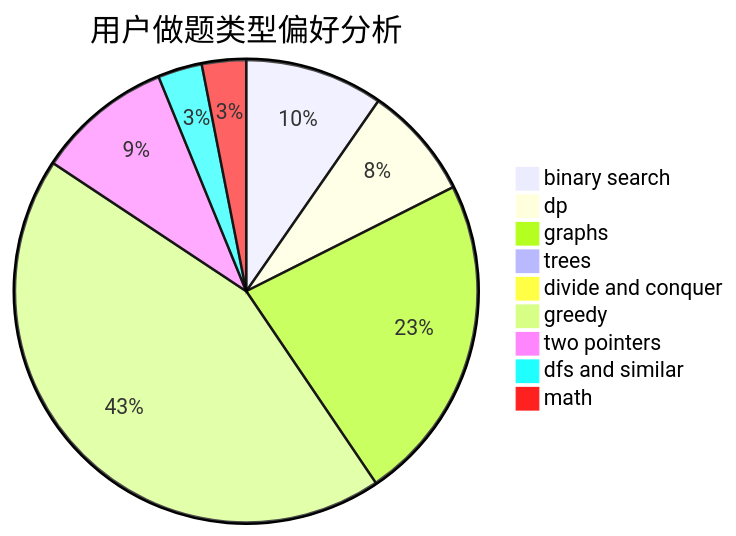
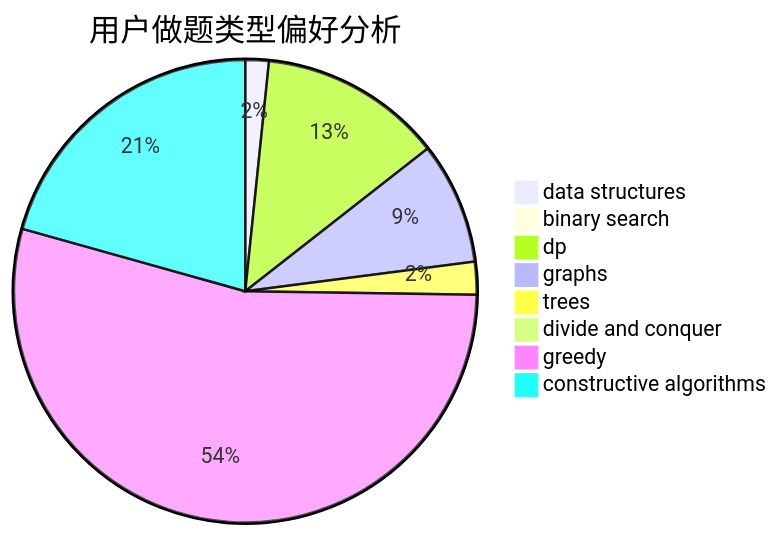
Before and after one commit to sherpahu/cfrs.github.io: the second of 3 diagrams in docs/user/u852.md, drawn with Mermaid. The commit also changed other lines of this file and 2775 other files, not shown here.

````diff
--- a/docs/user/u852.md
+++ b/docs/user/u852.md
@@ -23,12 +23,11 @@
 ```mermaid
 pie title 用户做题类型偏好分析
-    "binary search" :  122
-    "dp" :  100
-    "graphs" :  290
-    "trees" :  10
+    "data structures" :  5
+    "binary search" :  0
+    "dp" :  39
+    "graphs" :  26
+    "trees" :  7
     "divide and conquer" :  0
-    "greedy" :  553
-    "two pointers" :  120
-    "dfs and similar" :  39
-    "math" :  39
+    "greedy" :  165
+    "constructive algorithms" :  63
 ```
````
